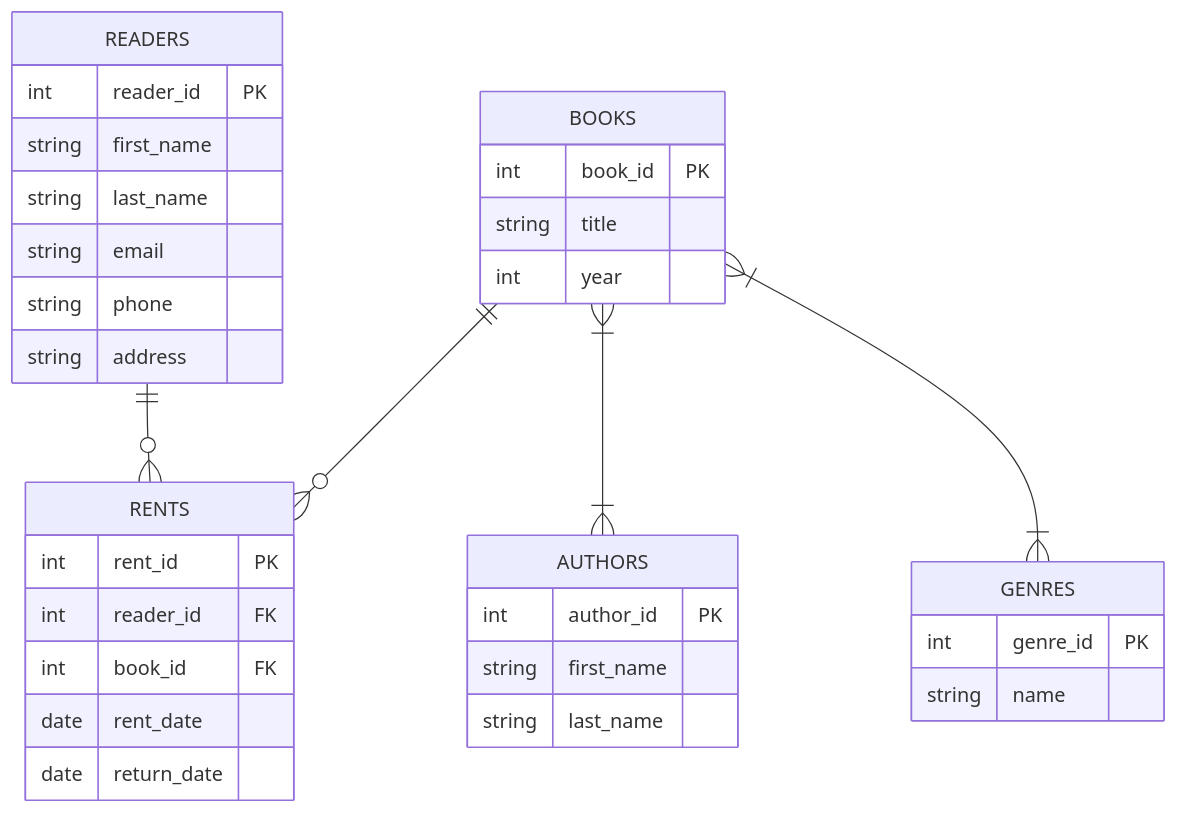
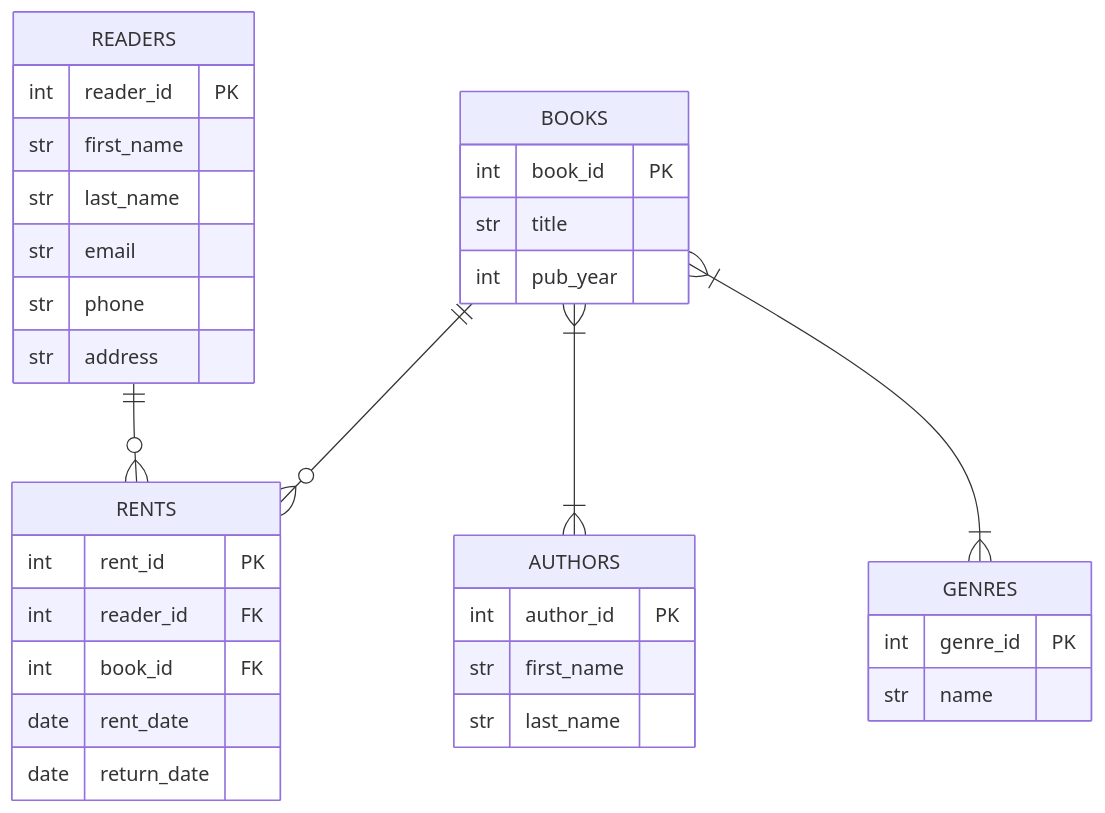
One commit to Villhard/database_design changed the second of 2 diagrams in README.md. Above: the diagram before and after it, drawn with Mermaid. The commit also changed other lines of this file, not shown here.

````diff
--- a/README.md
+++ b/README.md
@@ -61,36 +61,36 @@
 ```mermaid
 erDiagram
     READERS ||--o{ RENTS : ""
     BOOKS ||--o{ RENTS : ""
     BOOKS }|--|{ AUTHORS : ""
     BOOKS }|--|{ GENRES : ""
     READERS {
         int reader_id PK
-        string first_name
-        string last_name
-        string email
-        string phone
-        string address
+        str first_name
+        str last_name
+        str email
+        str phone
+        str address
     }
     BOOKS {
         int book_id PK
-        string title
-        int year
+        str title
+        int pub_year
     }
     AUTHORS {
         int author_id PK
-        string first_name
-        string last_name
+        str first_name
+        str last_name
     }
     GENRES {
         int genre_id PK
-        string name
+        str name
     }
     RENTS {
         int rent_id PK
         int reader_id FK
         int book_id FK
         date rent_date
         date return_date
     }
 ```
````
